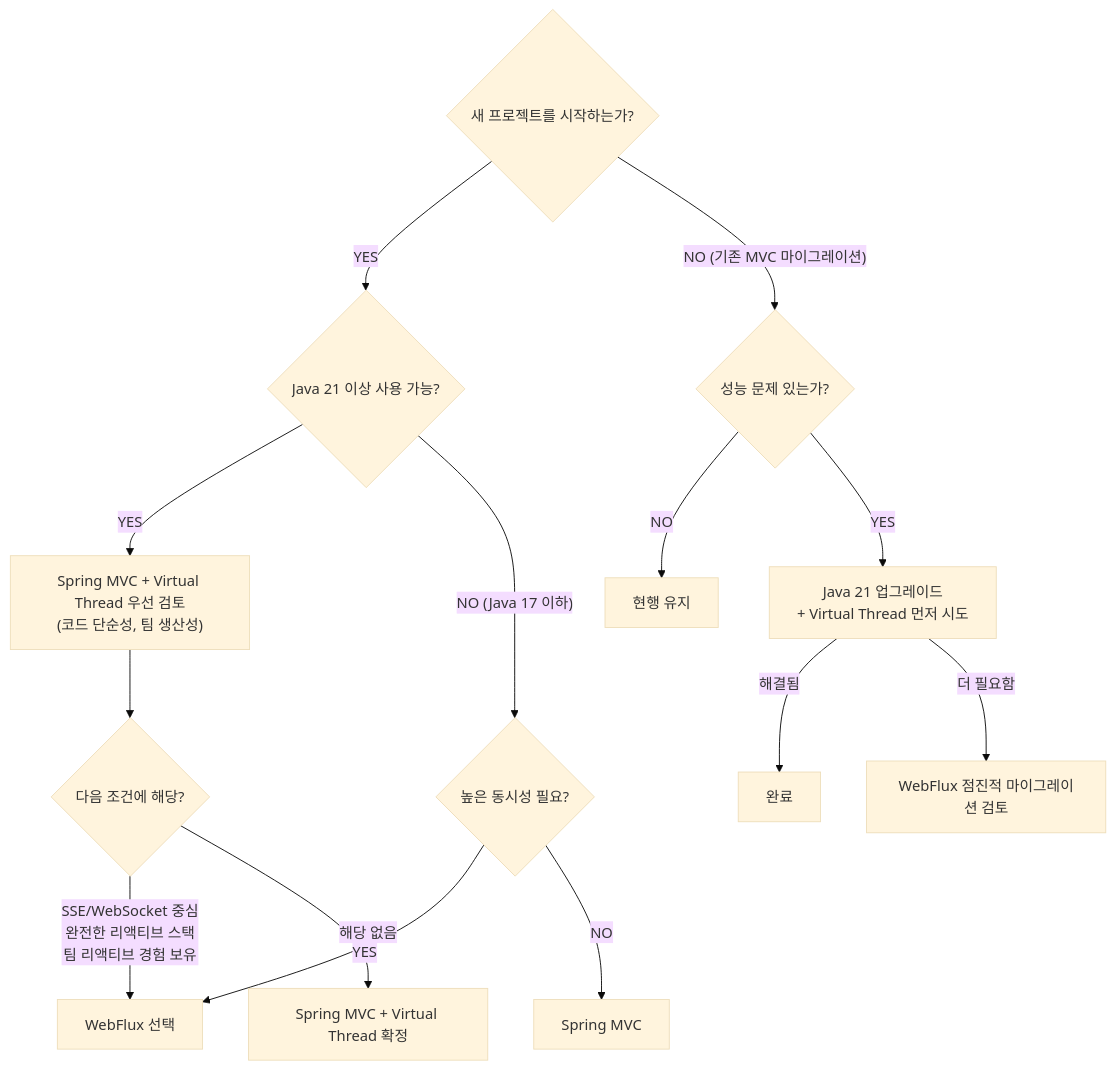
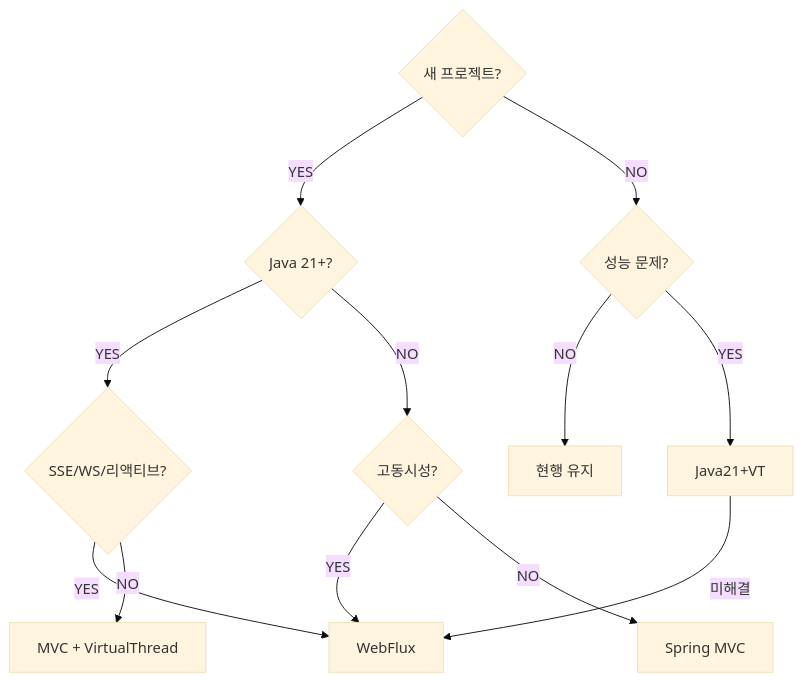
The ninth of 9 diagrams in _posts/spring/2026-05-01-spring-webflux.md (yjkim2015/yjkim2015.github.io), drawn with Mermaid (base theme) before and after one commit. The commit also changed other lines of this file and 215 other files, not shown here.

First line of the commit message:
신규 포스트 10개 추가 + Mermaid 전면 축소 + SystemDesign 시리즈 보강

````diff
--- a/_posts/spring/2026-05-01-spring-webflux.md
+++ b/_posts/spring/2026-05-01-spring-webflux.md
@@ -1727,16 +1696,13 @@
 ```mermaid
 graph TD
-    A{"새 프로젝트를 시작하는가?"} -->|"YES"| B{"Java 21 이상 사용 가능?"}
-    B -->|"YES"| C["Spring MVC + Virtual Thread 우선 검토\n(코드 단순성, 팀 생산성)"]
-    C --> D{"다음 조건에 해당?"}
-    D -->|"SSE/WebSocket 중심\n완전한 리액티브 스택\n팀 리액티브 경험 보유"| E["WebFlux 선택"]
-    D -->|"해당 없음"| C2["Spring MVC + Virtual Thread 확정"]
-    B -->|"NO (Java 17 이하)"| F{"높은 동시성 필요?"}
-    F -->|"YES"| E
-    F -->|"NO"| G["Spring MVC"]
-    A -->|"NO (기존 MVC 마이그레이션)"| H{"성능 문제 있는가?"}
-    H -->|"NO"| I["현행 유지"]
-    H -->|"YES"| J["Java 21 업그레이드\n+ Virtual Thread 먼저 시도"]
-    J -->|"해결됨"| K["완료"]
-    J -->|"더 필요함"| L["WebFlux 점진적 마이그레이션 검토"]
+    A{"새 프로젝트?"} -->|YES| B{"Java 21+?"}
+    B -->|YES| C{"SSE/WS/리액티브?"}
+    C -->|YES| E["WebFlux"]
+    C -->|NO| D["MVC + VirtualThread"]
+    B -->|NO| F{"고동시성?"}
+    F -->|YES| E
+    F -->|NO| G["Spring MVC"]
+    A -->|NO| H{"성능 문제?"}
+    H -->|NO| I["현행 유지"]
+    H -->|YES| J["Java21+VT"] -->|미해결| E
 ```
````
